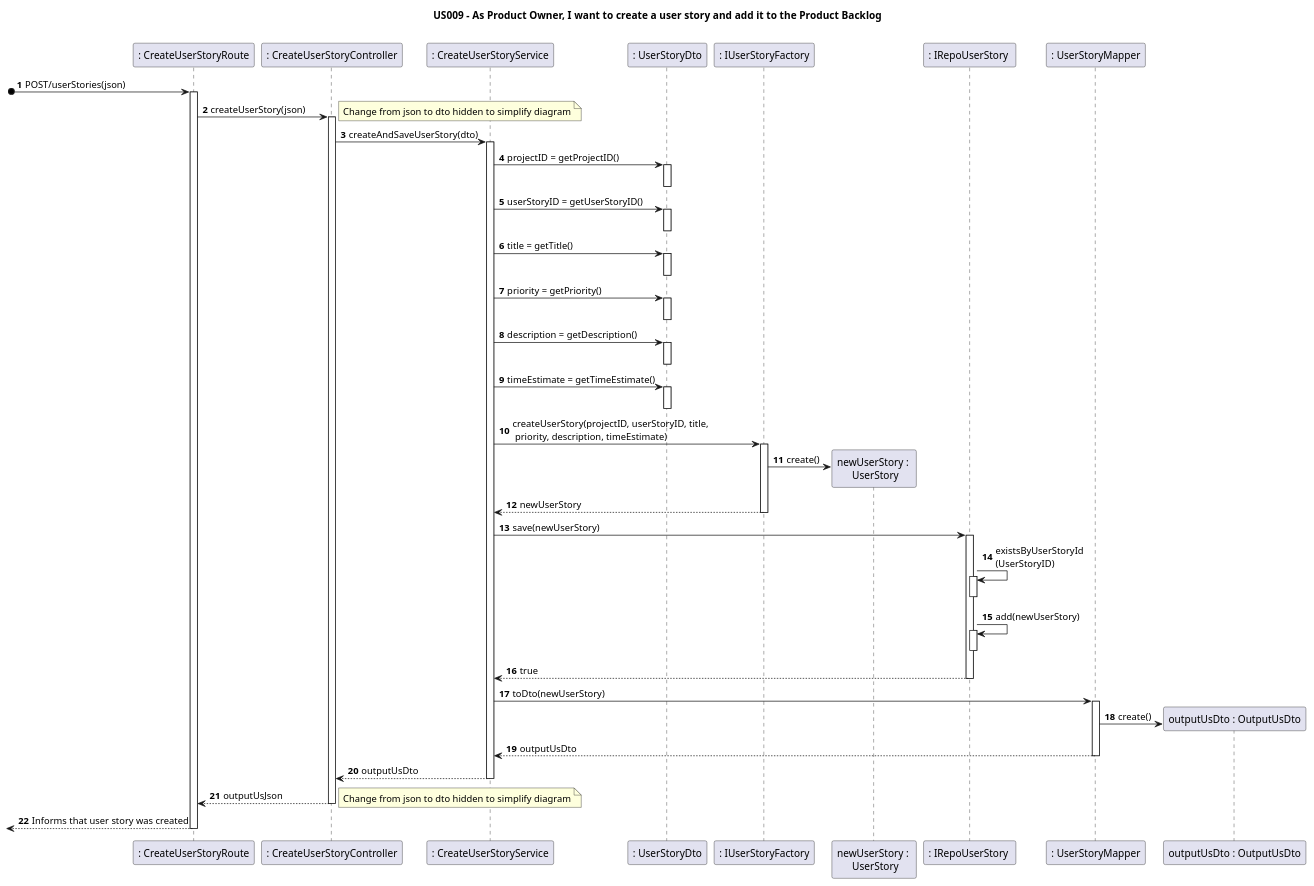
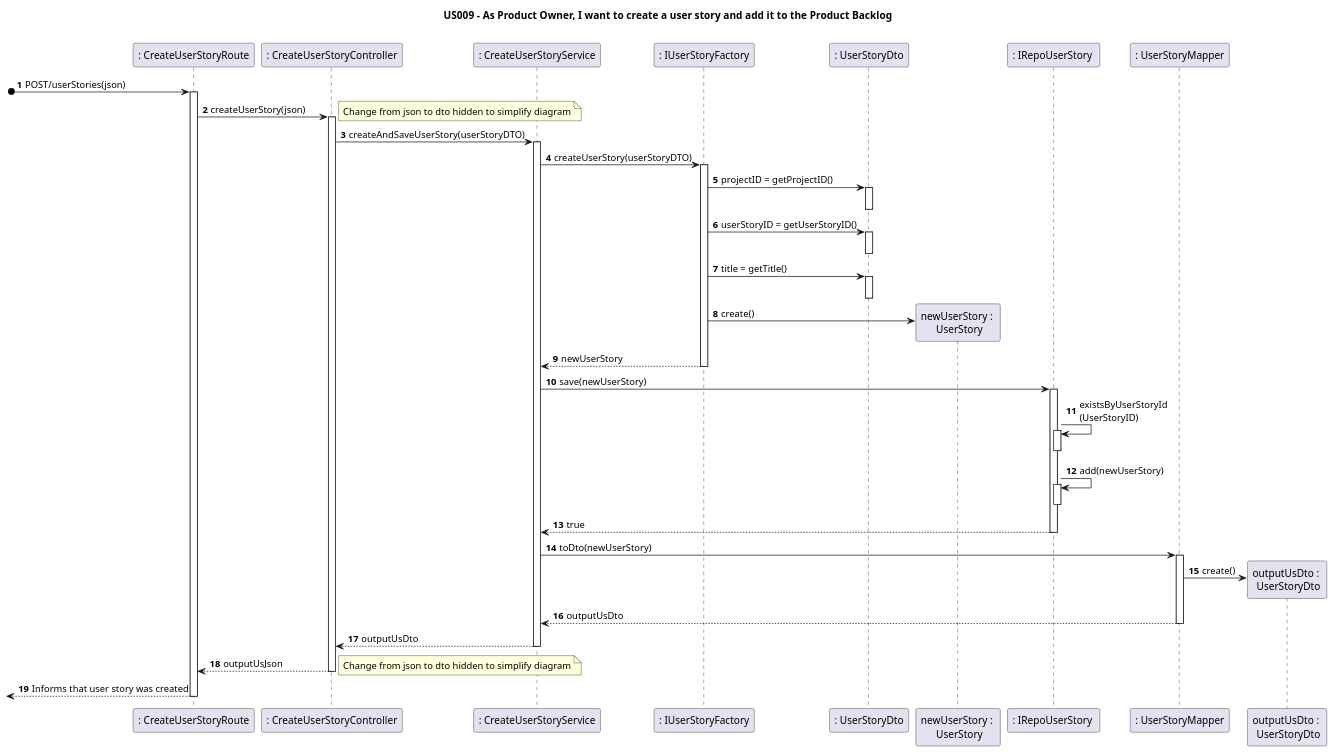
One commit to nunogon1211787/projectManagement changed the diagram in docs/Sprint1/US009/US009RE-SD.puml. Above: the diagram before and after it, drawn with PlantUML. The commit also changed 22 other files, not shown here.

Commit message:
US009 - Refactor DS | Include DTO, Mapper, factory and service US009 - Implement UserStoryService US009 - Implement OutputUsDTO US009: Refactoring: CreateUserStoryController, class UserStory, UserStoryStore, UserStoryDTO (addresses #137)  (addresses  #139)  (addresses  #140)  (addresses #141)

```diff
--- a/docs/Sprint1/US009/US009RE-SD.puml
+++ b/docs/Sprint1/US009/US009RE-SD.puml
@@ -1,60 +1,55 @@
 @startuml
 'https://plantuml.com/sequence-diagram
 
 title US009 - As Product Owner, I want to create a user story and add it to the Product Backlog
 
 autoactivate on
 autonumber
 
 
 participant ": CreateUserStoryRoute" as System
 participant ": CreateUserStoryController" as Ctrl
 participant ": CreateUserStoryService" as appService
+participant ": IUserStoryFactory" as factory
 participant ": UserStoryDto" as usDto
-participant ": IUserStoryFactory" as factory
 participant "newUserStory : \n UserStory" as us
 participant ": IRepoUserStory " as usStore
 participant ": UserStoryMapper" as usMapper
-participant "outputUsDto : OutputUsDto" as outDto
+participant "outputUsDto : \n UserStoryDto" as outDto
 
 
 
 [o-> System: POST/userStories(json)
 System -> Ctrl: createUserStory(json)
 note right
 Change from json to dto hidden to simplify diagram
 end note
-Ctrl -> appService: createAndSaveUserStory(dto)
-appService -> usDto: projectID = getProjectID()
+Ctrl -> appService: createAndSaveUserStory(userStoryDTO)
+appService -> factory:  createUserStory(userStoryDTO)
+factory -> usDto: projectID = getProjectID()
 deactivate
-appService -> usDto: userStoryID = getUserStoryID()
+factory -> usDto: userStoryID = getUserStoryID()
 deactivate
-appService -> usDto: title = getTitle()
+factory -> usDto: title = getTitle()
 deactivate
-appService -> usDto: priority = getPriority()
-deactivate
-appService -> usDto: description = getDescription()
-deactivate
-appService -> usDto: timeEstimate = getTimeEstimate()
-deactivate
-appService -> factory:  createUserStory(projectID, userStoryID, title,\n priority, description, timeEstimate)
+
 factory -> us **: create()
 factory --> appService: newUserStory
 
 appService-> usStore: save(newUserStory)
 usStore-> usStore: existsByUserStoryId\n(UserStoryID)
 deactivate
 usStore-> usStore: add(newUserStory)
 deactivate
 usStore --> appService : true
 appService-> usMapper : toDto(newUserStory)
 usMapper-> outDto **:create()
 usMapper --> appService: outputUsDto
 appService --> Ctrl: outputUsDto
 Ctrl --> System: outputUsJson
 note right
 Change from json to dto hidden to simplify diagram
 end note
 [<--System : Informs that user story was created
 
 @enduml
```
